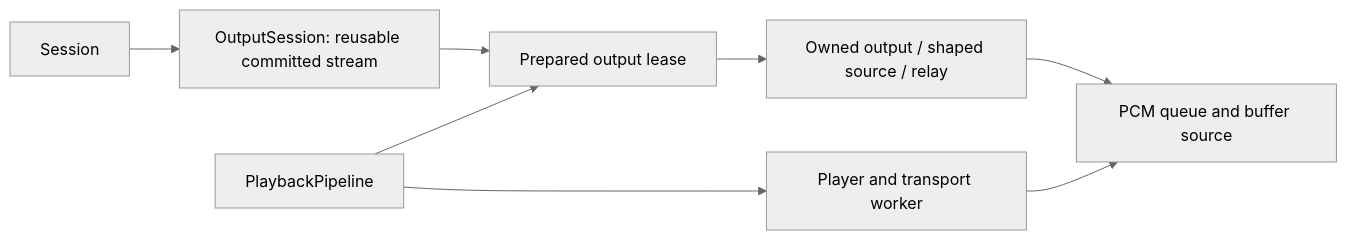
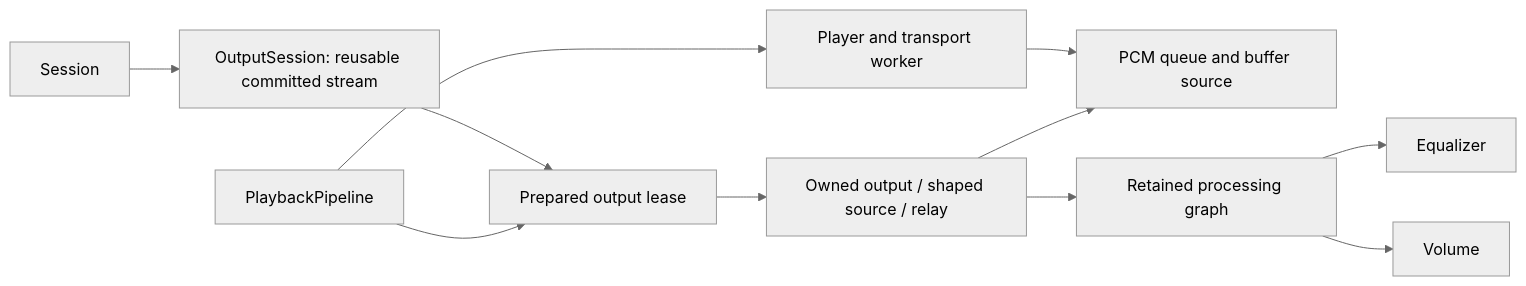
The diagram in src/playback/pipeline/README.md (Vokerlee/wiola-player), drawn with Mermaid (neutral theme) before and after one commit. The commit also changed other lines of this file and 18 other files, not shown here.

First line of the commit message:
playback: retain complete processing graphs through outputs (#635)

````diff
--- a/src/playback/pipeline/README.md
+++ b/src/playback/pipeline/README.md
@@ -5,10 +5,13 @@
 ```mermaid
 flowchart LR
     Session --> Cache[OutputSession: reusable committed stream]
     Cache --> Lease[Prepared output lease]
     Pipeline[PlaybackPipeline] --> Lease
     Pipeline --> Player[Player and transport worker]
     Player --> Queue[PCM queue and buffer source]
     Lease --> Stream[Owned output / shaped source / relay]
     Stream --> Queue
+    Stream --> Processing[Retained processing graph]
+    Processing --> Equalizer[Equalizer]
+    Processing --> Volume[Volume]
 ```
````
